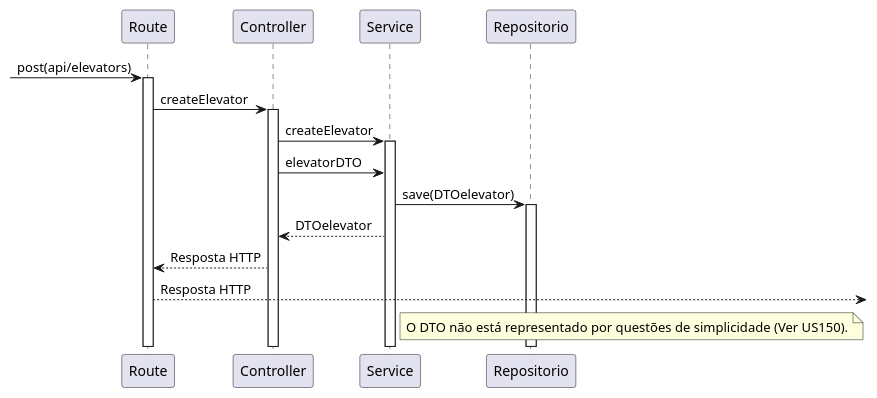
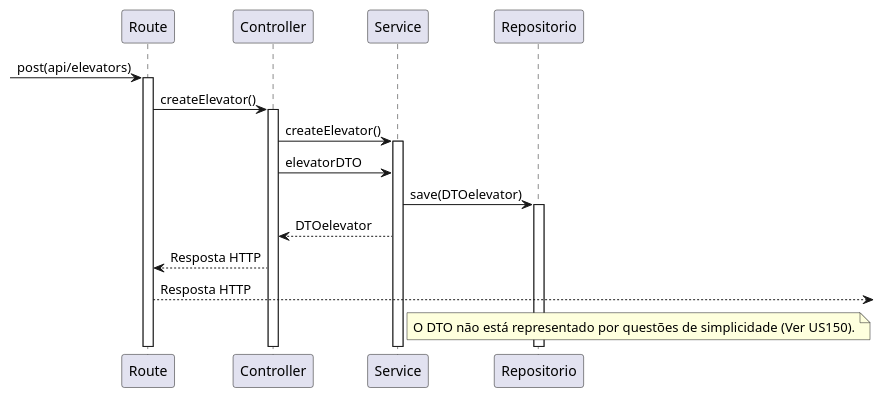
Before and after one commit to mascenso/isep-sem5-lapr5: the diagram in Wiki/Views/Nivel3/US270.puml, drawn with PlantUML. The commit also changed 15 other files, not shown here.

```diff
--- a/Wiki/Views/Nivel3/US270.puml
+++ b/Wiki/Views/Nivel3/US270.puml
@@ -1,24 +1,24 @@
 @startuml US270
 
 participant "Route" as Route
 participant "Controller" as Controller
 participant "Service" as Service
 participant "Repositorio" as Repositorio
 
 
  -> Route : post(api/elevators)
 activate Route
-Route -> Controller : createElevator
+Route -> Controller : createElevator()
 activate Controller
-Controller -> Service : createElevator
+Controller -> Service : createElevator()
 activate Service
 Controller -> Service : elevatorDTO
 Service -> Repositorio : save(DTOelevator)
 activate Repositorio
 Service --> Controller : DTOelevator
 Controller--> Route : Resposta HTTP
 Route --> : Resposta HTTP
 note right of Service
 O DTO não está representado por questões de simplicidade (Ver US150).
 end note
 @enduml
```
